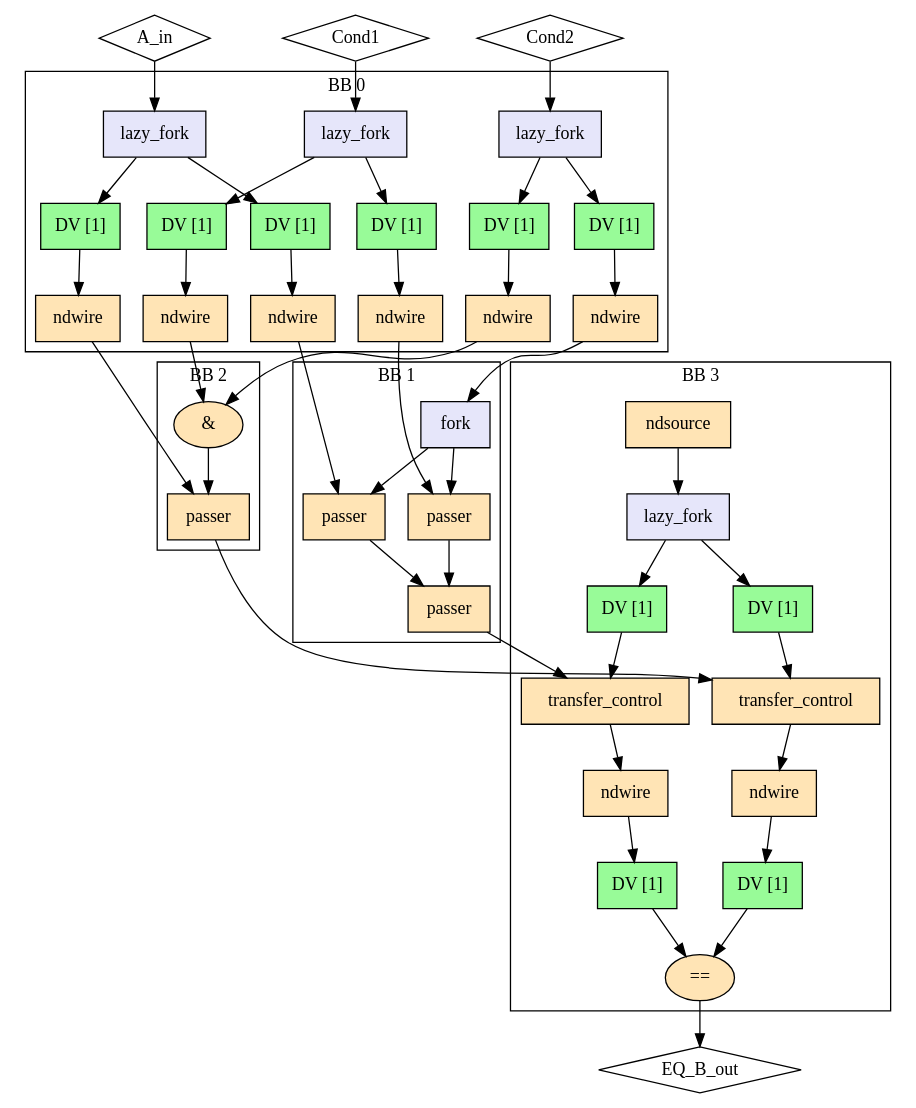
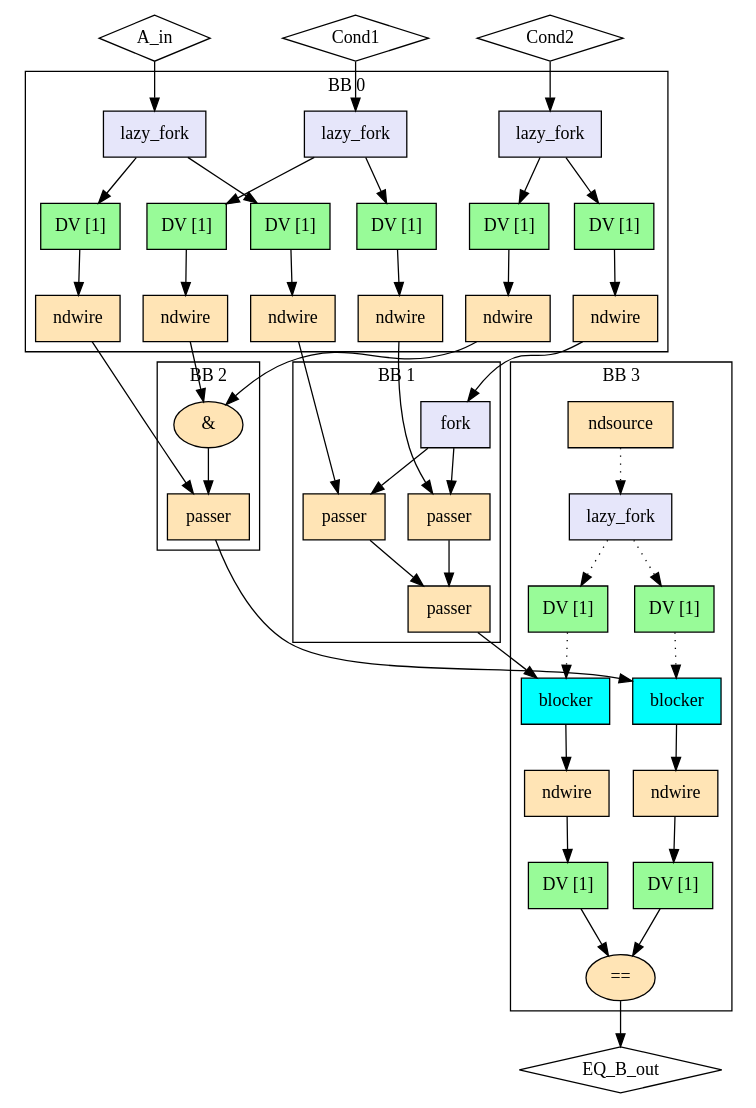
Before and after one commit to EPFL-LAP/dynamatic: the diagram in experimental/tools/elastic-miter/out/unify_sup/miter/model.dot, drawn with Graphviz. The commit also changed 159 other files, not shown here.

```diff
--- a/experimental/tools/elastic-miter/out/unify_sup/miter/model.dot
+++ b/experimental/tools/elastic-miter/out/unify_sup/miter/model.dot
@@ -1,92 +1,92 @@
 Digraph G {
   splines=spline
   compound=true
   "A_in" ["style"="solid", "shape"="diamond", "label"="A_in", "mlir_op"="handshake.func"]
   "Cond1" ["style"="solid", "shape"="diamond", "label"="Cond1", "mlir_op"="handshake.func"]
   "Cond2" ["style"="solid", "shape"="diamond", "label"="Cond2", "mlir_op"="handshake.func"]
   "EQ_B_out" ["style"="solid", "shape"="diamond", "label"="EQ_B_out", "mlir_op"="handshake.func"]
   "A_in" -> "in_fork_A_in" ["dir"="both", "style"="solid", "arrowhead"="normal", "from_idx"="0", "to"="ins", "arrowtail"="none", "from"="A_in", "to_idx"="0"]
   "Cond1" -> "in_fork_Cond1" ["dir"="both", "style"="solid", "arrowhead"="normal", "from_idx"="1", "to"="ins", "arrowtail"="none", "from"="Cond1", "to_idx"="0"]
   "Cond2" -> "in_fork_Cond2" ["dir"="both", "style"="solid", "arrowhead"="normal", "from_idx"="2", "to"="ins", "arrowtail"="none", "from"="Cond2", "to_idx"="0"]
   "lhs_in_ndw_A_in" -> "lhs_passer2" ["dir"="both", "style"="solid", "arrowhead"="normal", "from_idx"="0", "to"="data", "arrowtail"="none", "from"="outs", "to_idx"="0"]
   "rhs_in_ndw_A_in" -> "rhs_passer" ["dir"="both", "style"="solid", "arrowhead"="normal", "from_idx"="0", "to"="data", "arrowtail"="none", "from"="outs", "to_idx"="0"]
   "lhs_in_ndw_Cond1" -> "lhs_passer1" ["dir"="both", "style"="solid", "arrowhead"="normal", "from_idx"="0", "to"="data", "arrowtail"="none", "from"="outs", "to_idx"="0"]
   "rhs_in_ndw_Cond1" -> "rhs_andi" ["dir"="both", "style"="solid", "arrowhead"="normal", "from_idx"="0", "to"="lhs", "arrowtail"="none", "from"="outs", "to_idx"="0"]
   "lhs_in_ndw_Cond2" -> "lhs_fork_cond2" ["dir"="both", "style"="solid", "arrowhead"="normal", "from_idx"="0", "to"="ins", "arrowtail"="none", "from"="outs", "to_idx"="0"]
   "rhs_in_ndw_Cond2" -> "rhs_andi" ["dir"="both", "style"="solid", "arrowhead"="normal", "from_idx"="0", "to"="rhs", "arrowtail"="none", "from"="outs", "to_idx"="1"]
-  "lhs_passer3" -> "out_lhs_tc_B_out" ["dir"="both", "style"="solid", "arrowhead"="normal", "from_idx"="0", "to"="ins", "arrowtail"="none", "from"="result", "to_idx"="0"]
-  "rhs_passer" -> "out_rhs_tc_B_out" ["dir"="both", "style"="solid", "arrowhead"="normal", "from_idx"="0", "to"="ins", "arrowtail"="none", "from"="result", "to_idx"="0"]
+  "lhs_passer3" -> "out_lhs_bl_B_out" ["dir"="both", "style"="solid", "arrowhead"="normal", "from_idx"="0", "to"="ins", "arrowtail"="none", "from"="result", "to_idx"="0"]
+  "rhs_passer" -> "out_rhs_bl_B_out" ["dir"="both", "style"="solid", "arrowhead"="normal", "from_idx"="0", "to"="ins", "arrowtail"="none", "from"="result", "to_idx"="0"]
   "out_eq_B_out" -> "EQ_B_out" ["dir"="both", "style"="solid", "arrowhead"="normal", "from_idx"="0", "to"="EQ_B_out", "arrowtail"="none", "from"="result", "to_idx"="0"]
   subgraph cluster0 {
     graph ["label"="BB 0"]
     "in_fork_A_in" ["style"="filled", "fillcolor"="lavender", "shape"="box", "label"="lazy_fork", "mlir_op"="handshake.lazy_fork"]
     "lhs_in_buf_A_in" ["style"="filled", "fillcolor"="palegreen", "shape"="box", "label"="DV [1]", "mlir_op"="handshake.buffer"]
     "rhs_in_buf_A_in" ["style"="filled", "fillcolor"="palegreen", "shape"="box", "label"="DV [1]", "mlir_op"="handshake.buffer"]
     "lhs_in_ndw_A_in" ["style"="filled", "fillcolor"="moccasin", "shape"="box", "label"="ndwire", "mlir_op"="handshake.ndwire"]
     "rhs_in_ndw_A_in" ["style"="filled", "fillcolor"="moccasin", "shape"="box", "label"="ndwire", "mlir_op"="handshake.ndwire"]
     "in_fork_Cond1" ["style"="filled", "fillcolor"="lavender", "shape"="box", "label"="lazy_fork", "mlir_op"="handshake.lazy_fork"]
     "lhs_in_buf_Cond1" ["style"="filled", "fillcolor"="palegreen", "shape"="box", "label"="DV [1]", "mlir_op"="handshake.buffer"]
     "rhs_in_buf_Cond1" ["style"="filled", "fillcolor"="palegreen", "shape"="box", "label"="DV [1]", "mlir_op"="handshake.buffer"]
     "lhs_in_ndw_Cond1" ["style"="filled", "fillcolor"="moccasin", "shape"="box", "label"="ndwire", "mlir_op"="handshake.ndwire"]
     "rhs_in_ndw_Cond1" ["style"="filled", "fillcolor"="moccasin", "shape"="box", "label"="ndwire", "mlir_op"="handshake.ndwire"]
     "in_fork_Cond2" ["style"="filled", "fillcolor"="lavender", "shape"="box", "label"="lazy_fork", "mlir_op"="handshake.lazy_fork"]
     "lhs_in_buf_Cond2" ["style"="filled", "fillcolor"="palegreen", "shape"="box", "label"="DV [1]", "mlir_op"="handshake.buffer"]
     "rhs_in_buf_Cond2" ["style"="filled", "fillcolor"="palegreen", "shape"="box", "label"="DV [1]", "mlir_op"="handshake.buffer"]
     "lhs_in_ndw_Cond2" ["style"="filled", "fillcolor"="moccasin", "shape"="box", "label"="ndwire", "mlir_op"="handshake.ndwire"]
     "rhs_in_ndw_Cond2" ["style"="filled", "fillcolor"="moccasin", "shape"="box", "label"="ndwire", "mlir_op"="handshake.ndwire"]
     "in_fork_A_in" -> "lhs_in_buf_A_in" ["dir"="both", "style"="solid", "arrowhead"="normal", "from_idx"="0", "to"="ins", "arrowtail"="none", "from"="outs_0", "to_idx"="0"]
     "in_fork_A_in" -> "rhs_in_buf_A_in" ["dir"="both", "style"="solid", "arrowhead"="normal", "from_idx"="1", "to"="ins", "arrowtail"="none", "from"="outs_1", "to_idx"="0"]
     "lhs_in_buf_A_in" -> "lhs_in_ndw_A_in" ["dir"="both", "style"="solid", "arrowhead"="normal", "from_idx"="0", "to"="ins", "arrowtail"="none", "from"="outs", "to_idx"="0"]
     "rhs_in_buf_A_in" -> "rhs_in_ndw_A_in" ["dir"="both", "style"="solid", "arrowhead"="normal", "from_idx"="0", "to"="ins", "arrowtail"="none", "from"="outs", "to_idx"="0"]
     "in_fork_Cond1" -> "lhs_in_buf_Cond1" ["dir"="both", "style"="solid", "arrowhead"="normal", "from_idx"="0", "to"="ins", "arrowtail"="none", "from"="outs_0", "to_idx"="0"]
     "in_fork_Cond1" -> "rhs_in_buf_Cond1" ["dir"="both", "style"="solid", "arrowhead"="normal", "from_idx"="1", "to"="ins", "arrowtail"="none", "from"="outs_1", "to_idx"="0"]
     "lhs_in_buf_Cond1" -> "lhs_in_ndw_Cond1" ["dir"="both", "style"="solid", "arrowhead"="normal", "from_idx"="0", "to"="ins", "arrowtail"="none", "from"="outs", "to_idx"="0"]
     "rhs_in_buf_Cond1" -> "rhs_in_ndw_Cond1" ["dir"="both", "style"="solid", "arrowhead"="normal", "from_idx"="0", "to"="ins", "arrowtail"="none", "from"="outs", "to_idx"="0"]
     "in_fork_Cond2" -> "lhs_in_buf_Cond2" ["dir"="both", "style"="solid", "arrowhead"="normal", "from_idx"="0", "to"="ins", "arrowtail"="none", "from"="outs_0", "to_idx"="0"]
     "in_fork_Cond2" -> "rhs_in_buf_Cond2" ["dir"="both", "style"="solid", "arrowhead"="normal", "from_idx"="1", "to"="ins", "arrowtail"="none", "from"="outs_1", "to_idx"="0"]
     "lhs_in_buf_Cond2" -> "lhs_in_ndw_Cond2" ["dir"="both", "style"="solid", "arrowhead"="normal", "from_idx"="0", "to"="ins", "arrowtail"="none", "from"="outs", "to_idx"="0"]
     "rhs_in_buf_Cond2" -> "rhs_in_ndw_Cond2" ["dir"="both", "style"="solid", "arrowhead"="normal", "from_idx"="0", "to"="ins", "arrowtail"="none", "from"="outs", "to_idx"="0"]
   }
   subgraph cluster1 {
     graph ["label"="BB 1"]
     "lhs_fork_cond2" ["style"="filled", "fillcolor"="lavender", "shape"="box", "label"="fork", "mlir_op"="handshake.fork"]
     "lhs_passer1" ["style"="filled", "fillcolor"="moccasin", "shape"="box", "label"="passer", "mlir_op"="handshake.passer"]
     "lhs_passer2" ["style"="filled", "fillcolor"="moccasin", "shape"="box", "label"="passer", "mlir_op"="handshake.passer"]
     "lhs_passer3" ["style"="filled", "fillcolor"="moccasin", "shape"="box", "label"="passer", "mlir_op"="handshake.passer"]
     "lhs_fork_cond2" -> "lhs_passer1" ["dir"="both", "style"="solid", "arrowhead"="normal", "from_idx"="0", "to"="ctrl", "arrowtail"="none", "from"="outs_0", "to_idx"="1"]
     "lhs_fork_cond2" -> "lhs_passer2" ["dir"="both", "style"="solid", "arrowhead"="normal", "from_idx"="1", "to"="ctrl", "arrowtail"="none", "from"="outs_1", "to_idx"="1"]
     "lhs_passer1" -> "lhs_passer3" ["dir"="both", "style"="solid", "arrowhead"="normal", "from_idx"="0", "to"="ctrl", "arrowtail"="none", "from"="result", "to_idx"="1"]
     "lhs_passer2" -> "lhs_passer3" ["dir"="both", "style"="solid", "arrowhead"="normal", "from_idx"="0", "to"="data", "arrowtail"="none", "from"="result", "to_idx"="0"]
   }
   subgraph cluster2 {
     graph ["label"="BB 2"]
     "rhs_andi" ["style"="filled", "fillcolor"="moccasin", "shape"="oval", "label"="&", "mlir_op"="handshake.andi"]
     "rhs_passer" ["style"="filled", "fillcolor"="moccasin", "shape"="box", "label"="passer", "mlir_op"="handshake.passer"]
     "rhs_andi" -> "rhs_passer" ["dir"="both", "style"="solid", "arrowhead"="normal", "from_idx"="0", "to"="ctrl", "arrowtail"="none", "from"="result", "to_idx"="1"]
   }
   subgraph cluster3 {
     graph ["label"="BB 3"]
     "out_nds_B_out" ["style"="filled", "fillcolor"="moccasin", "shape"="box", "label"="ndsource", "mlir_op"="handshake.ndsource"]
     "out_lf_B_out" ["style"="filled", "fillcolor"="lavender", "shape"="box", "label"="lazy_fork", "mlir_op"="handshake.lazy_fork"]
     "out_buf_lhs_nds_B_out" ["style"="filled", "fillcolor"="palegreen", "shape"="box", "label"="DV [1]", "mlir_op"="handshake.buffer"]
     "out_buf_rhs_nds_B_out" ["style"="filled", "fillcolor"="palegreen", "shape"="box", "label"="DV [1]", "mlir_op"="handshake.buffer"]
-    "out_lhs_tc_B_out" ["style"="filled", "fillcolor"="moccasin", "shape"="box", "label"="transfer_control", "mlir_op"="handshake.transfer_control"]
-    "out_rhs_tc_B_out" ["style"="filled", "fillcolor"="moccasin", "shape"="box", "label"="transfer_control", "mlir_op"="handshake.transfer_control"]
+    "out_lhs_bl_B_out" ["style"="filled", "fillcolor"="cyan", "shape"="box", "label"="blocker", "mlir_op"="handshake.blocker"]
+    "out_rhs_bl_B_out" ["style"="filled", "fillcolor"="cyan", "shape"="box", "label"="blocker", "mlir_op"="handshake.blocker"]
     "lhs_out_ndw_B_out" ["style"="filled", "fillcolor"="moccasin", "shape"="box", "label"="ndwire", "mlir_op"="handshake.ndwire"]
     "rhs_out_ndw_B_out" ["style"="filled", "fillcolor"="moccasin", "shape"="box", "label"="ndwire", "mlir_op"="handshake.ndwire"]
     "lhs_out_buf_B_out" ["style"="filled", "fillcolor"="palegreen", "shape"="box", "label"="DV [1]", "mlir_op"="handshake.buffer"]
     "rhs_out_buf_B_out" ["style"="filled", "fillcolor"="palegreen", "shape"="box", "label"="DV [1]", "mlir_op"="handshake.buffer"]
     "out_eq_B_out" ["style"="filled", "fillcolor"="moccasin", "shape"="oval", "label"="==", "mlir_op"="handshake.cmpi=="]
-    "out_nds_B_out" -> "out_lf_B_out" ["dir"="both", "style"="solid", "arrowhead"="normal", "from_idx"="0", "to"="ins", "arrowtail"="none", "from"="result", "to_idx"="0"]
-    "out_lf_B_out" -> "out_buf_lhs_nds_B_out" ["dir"="both", "style"="solid", "arrowhead"="normal", "from_idx"="0", "to"="ins", "arrowtail"="none", "from"="outs_0", "to_idx"="0"]
-    "out_lf_B_out" -> "out_buf_rhs_nds_B_out" ["dir"="both", "style"="solid", "arrowhead"="normal", "from_idx"="1", "to"="ins", "arrowtail"="none", "from"="outs_1", "to_idx"="0"]
-    "out_buf_lhs_nds_B_out" -> "out_lhs_tc_B_out" ["dir"="both", "style"="solid", "arrowhead"="normal", "from_idx"="0", "to"="ctrl", "arrowtail"="none", "from"="outs", "to_idx"="1"]
-    "out_buf_rhs_nds_B_out" -> "out_rhs_tc_B_out" ["dir"="both", "style"="solid", "arrowhead"="normal", "from_idx"="0", "to"="ctrl", "arrowtail"="none", "from"="outs", "to_idx"="1"]
-    "out_lhs_tc_B_out" -> "lhs_out_ndw_B_out" ["dir"="both", "style"="solid", "arrowhead"="normal", "from_idx"="0", "to"="ins", "arrowtail"="none", "from"="outs", "to_idx"="0"]
-    "out_rhs_tc_B_out" -> "rhs_out_ndw_B_out" ["dir"="both", "style"="solid", "arrowhead"="normal", "from_idx"="0", "to"="ins", "arrowtail"="none", "from"="outs", "to_idx"="0"]
+    "out_nds_B_out" -> "out_lf_B_out" ["dir"="both", "style"="dotted", "arrowhead"="normal", "from_idx"="0", "to"="ins", "arrowtail"="none", "from"="result", "to_idx"="0"]
+    "out_lf_B_out" -> "out_buf_lhs_nds_B_out" ["dir"="both", "style"="dotted", "arrowhead"="normal", "from_idx"="0", "to"="ins", "arrowtail"="none", "from"="outs_0", "to_idx"="0"]
+    "out_lf_B_out" -> "out_buf_rhs_nds_B_out" ["dir"="both", "style"="dotted", "arrowhead"="normal", "from_idx"="1", "to"="ins", "arrowtail"="none", "from"="outs_1", "to_idx"="0"]
+    "out_buf_lhs_nds_B_out" -> "out_lhs_bl_B_out" ["dir"="both", "style"="dotted", "arrowhead"="normal", "from_idx"="0", "to"="ctrl", "arrowtail"="none", "from"="outs", "to_idx"="1"]
+    "out_buf_rhs_nds_B_out" -> "out_rhs_bl_B_out" ["dir"="both", "style"="dotted", "arrowhead"="normal", "from_idx"="0", "to"="ctrl", "arrowtail"="none", "from"="outs", "to_idx"="1"]
+    "out_lhs_bl_B_out" -> "lhs_out_ndw_B_out" ["dir"="both", "style"="solid", "arrowhead"="normal", "from_idx"="0", "to"="ins", "arrowtail"="none", "from"="outs", "to_idx"="0"]
+    "out_rhs_bl_B_out" -> "rhs_out_ndw_B_out" ["dir"="both", "style"="solid", "arrowhead"="normal", "from_idx"="0", "to"="ins", "arrowtail"="none", "from"="outs", "to_idx"="0"]
     "lhs_out_ndw_B_out" -> "lhs_out_buf_B_out" ["dir"="both", "style"="solid", "arrowhead"="normal", "from_idx"="0", "to"="ins", "arrowtail"="none", "from"="outs", "to_idx"="0"]
     "rhs_out_ndw_B_out" -> "rhs_out_buf_B_out" ["dir"="both", "style"="solid", "arrowhead"="normal", "from_idx"="0", "to"="ins", "arrowtail"="none", "from"="outs", "to_idx"="0"]
     "lhs_out_buf_B_out" -> "out_eq_B_out" ["dir"="both", "style"="solid", "arrowhead"="normal", "from_idx"="0", "to"="lhs", "arrowtail"="none", "from"="outs", "to_idx"="0"]
     "rhs_out_buf_B_out" -> "out_eq_B_out" ["dir"="both", "style"="solid", "arrowhead"="normal", "from_idx"="0", "to"="rhs", "arrowtail"="none", "from"="outs", "to_idx"="1"]
   }
 }
```
